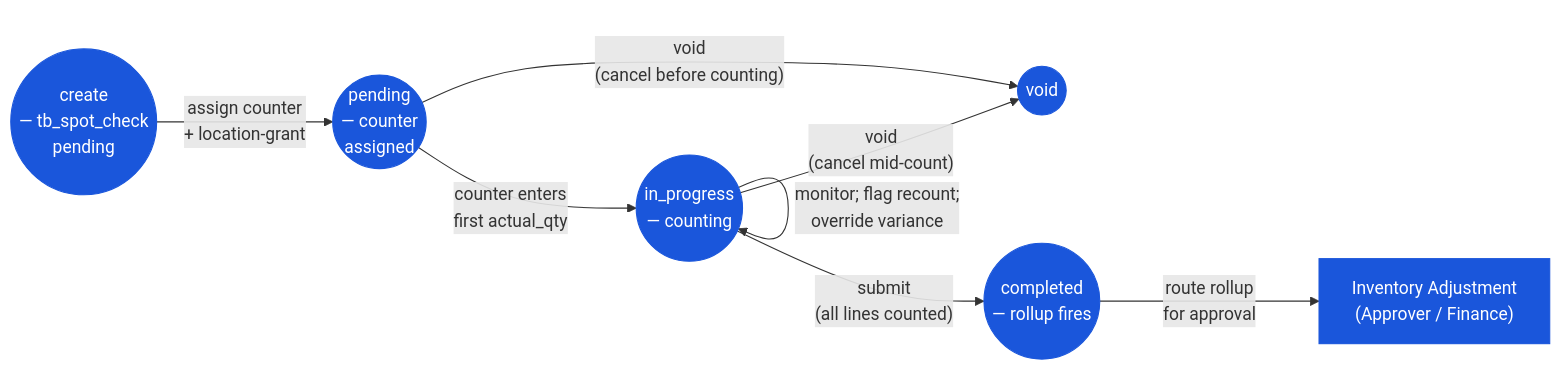
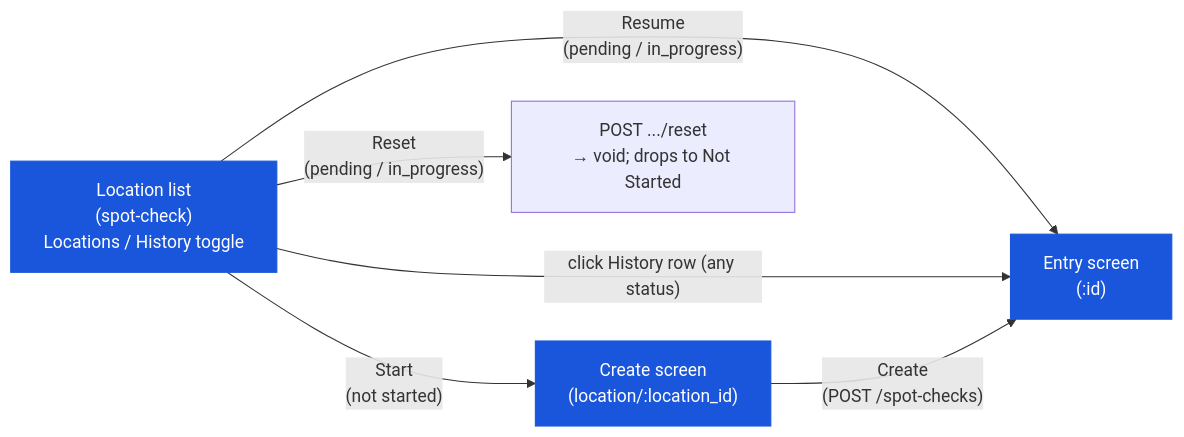
Before and after one commit to CarmenSoftware-organization/carmen-wiki: the diagram in en/inventory/spot-check/03-user-flow-inventory-controller.md, drawn with Mermaid. The commit also changed other lines of this file and 22 other files, not shown here.

First line of the commit message:
docs(resync): spot-check snapshot — whole-module rewrite, fabricated 3-persona/recount/tolerance/GL-rollup workflow replaced with real single-flow single-permission implementation

````diff
--- a/en/inventory/spot-check/03-user-flow-inventory-controller.md
+++ b/en/inventory/spot-check/03-user-flow-inventory-controller.md
@@ -23,11 +23,10 @@
 ```mermaid
 graph LR
-    create(("create\n— tb_spot_check\npending")):::current -->|"assign counter\n+ location-grant"| pending(("pending\n— counter\nassigned")):::current
-    pending -->|"counter enters\nfirst actual_qty"| in_progress(("in_progress\n— counting")):::current
-    in_progress -->|"monitor; flag recount;\noverride variance"| in_progress
-    in_progress -->|"submit\n(all lines counted)"| completed(("completed\n— rollup fires")):::current
-    completed -->|"route rollup\nfor approval"| adj["Inventory Adjustment\n(Approver / Finance)"]:::current
-    pending -->|"void\n(cancel before counting)"| void_st(("void")):::current
-    in_progress -->|"void\n(cancel mid-count)"| void_st
+    list["Location list\n(spot-check)\nLocations / History toggle"] -->|"Start\n(not started)"| create["Create screen\n(location/:location_id)"]
+    list -->|"Resume\n(pending / in_progress)"| entry["Entry screen\n(:id)"]
+    list -->|"Reset\n(pending / in_progress)"| voidSc["POST .../reset\n→ void; drops to Not Started"]
+    list -->|"click History row (any status)"| entry
+    create -->|"Create\n(POST /spot-checks)"| entry
     classDef current fill:#1a56db,color:#fff,stroke:#1a56db;
+    class list,create,entry current
 ```
````
